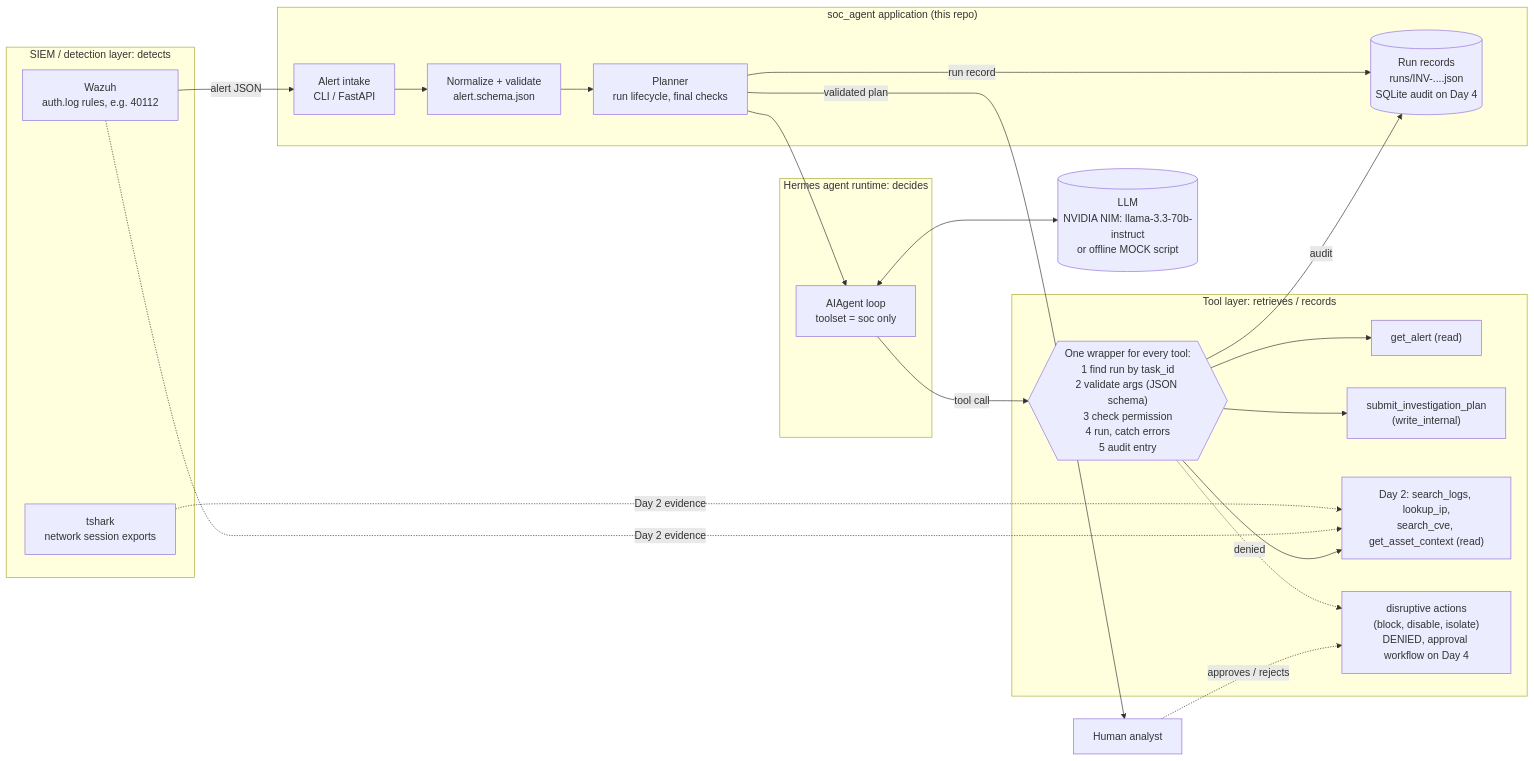
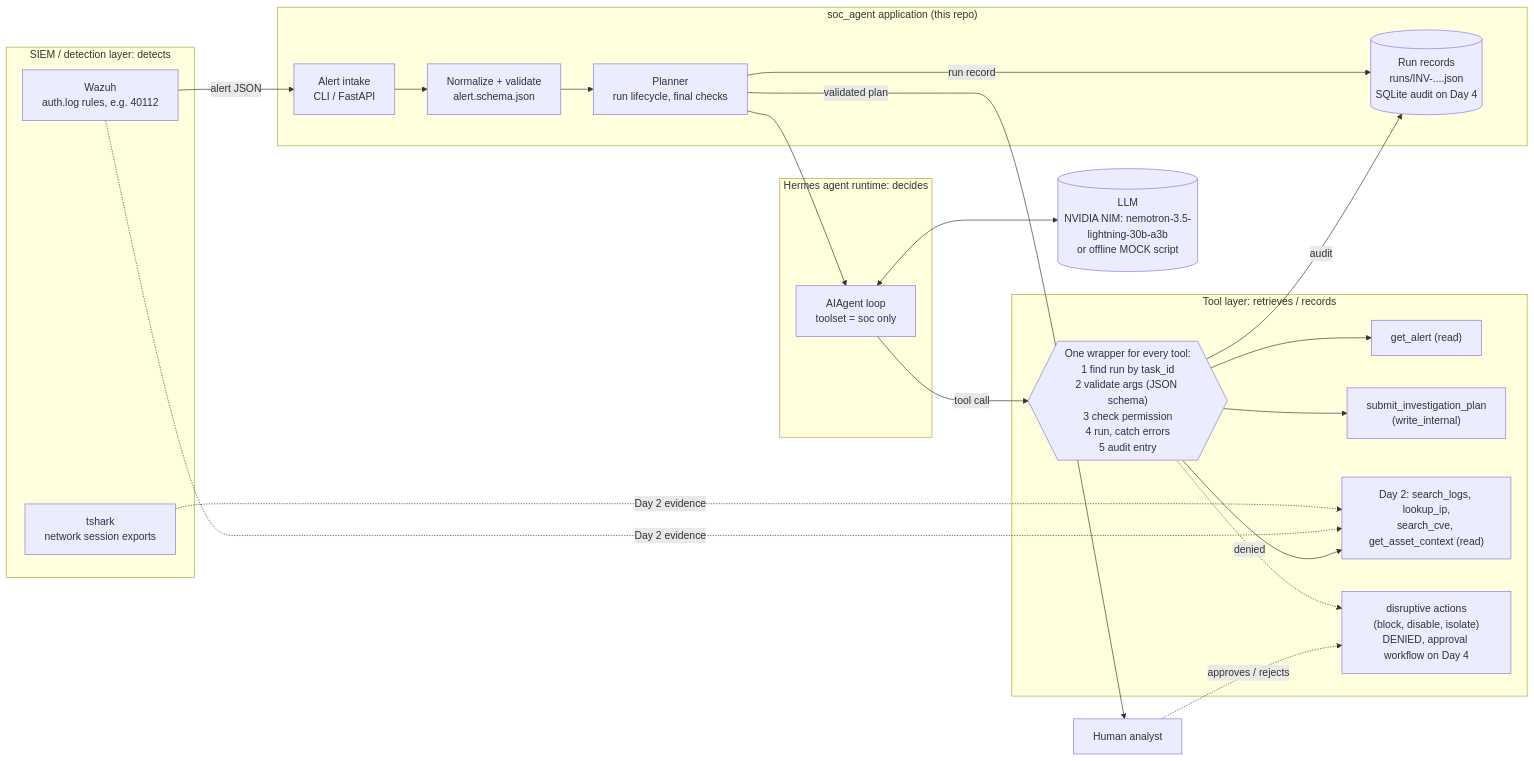
One commit to Praneeth63020/SOC-Agent changed the first of 2 diagrams in docs/architecture.md. Above: the diagram before and after it, drawn with Mermaid. The commit also changed 5 other files, not shown here.

First line of the commit message:
Default to nvidia/nemotron-3.5-lightning-30b-a3b

````diff
--- a/docs/architecture.md
+++ b/docs/architecture.md
@@ -7,43 +7,43 @@
 ```mermaid
 flowchart LR
     subgraph SIEM["SIEM / detection layer: detects"]
         W["Wazuh<br/>auth.log rules, e.g. 40112"]
         T["tshark<br/>network session exports"]
     end
 
     subgraph APP["soc_agent application (this repo)"]
         IN["Alert intake<br/>CLI / FastAPI"]
         N["Normalize + validate<br/>alert.schema.json"]
         P["Planner<br/>run lifecycle, final checks"]
         REC[("Run records<br/>runs/INV-....json<br/>SQLite audit on Day 4")]
     end
 
     subgraph HERMES["Hermes agent runtime: decides"]
         H["AIAgent loop<br/>toolset = soc only"]
     end
 
-    LLM[("LLM<br/>NVIDIA NIM: llama-3.3-70b-instruct<br/>or offline MOCK script")]
+    LLM[("LLM<br/>NVIDIA NIM: nemotron-3.5-lightning-30b-a3b<br/>or offline MOCK script")]
 
     subgraph TOOLS["Tool layer: retrieves / records"]
         WR{{"One wrapper for every tool:<br/>1 find run by task_id<br/>2 validate args (JSON schema)<br/>3 check permission<br/>4 run, catch errors<br/>5 audit entry"}}
         G["get_alert (read)"]
         S["submit_investigation_plan<br/>(write_internal)"]
         D2["Day 2: search_logs, lookup_ip,<br/>search_cve, get_asset_context (read)"]
         X["disruptive actions<br/>(block, disable, isolate)<br/>DENIED, approval workflow on Day 4"]
     end
 
     A["Human analyst"]
 
     W -- alert JSON --> IN
     T -. Day 2 evidence .-> D2
     W -. Day 2 evidence .-> D2
     IN --> N --> P --> H
     H <--> LLM
     H -- tool call --> WR
     WR --> G & S & D2
     WR -. denied .-> X
     WR -- audit --> REC
     P -- run record --> REC
     P -- validated plan --> A
     A -. approves / rejects .-> X
 ```
````
